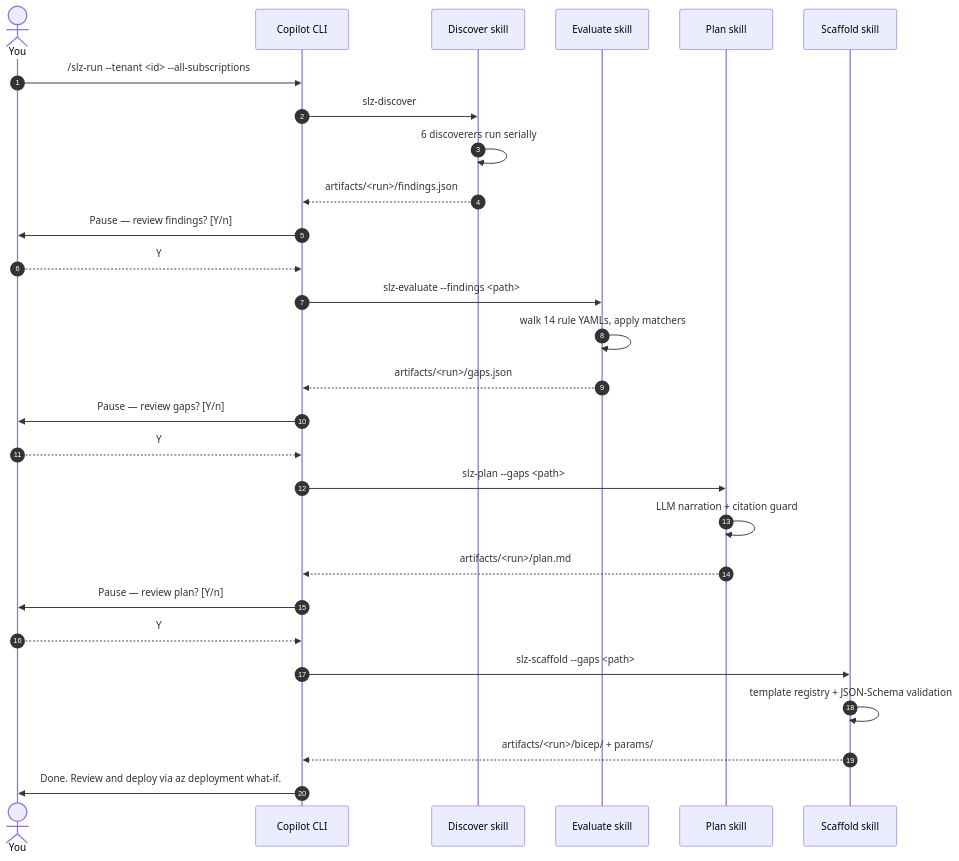
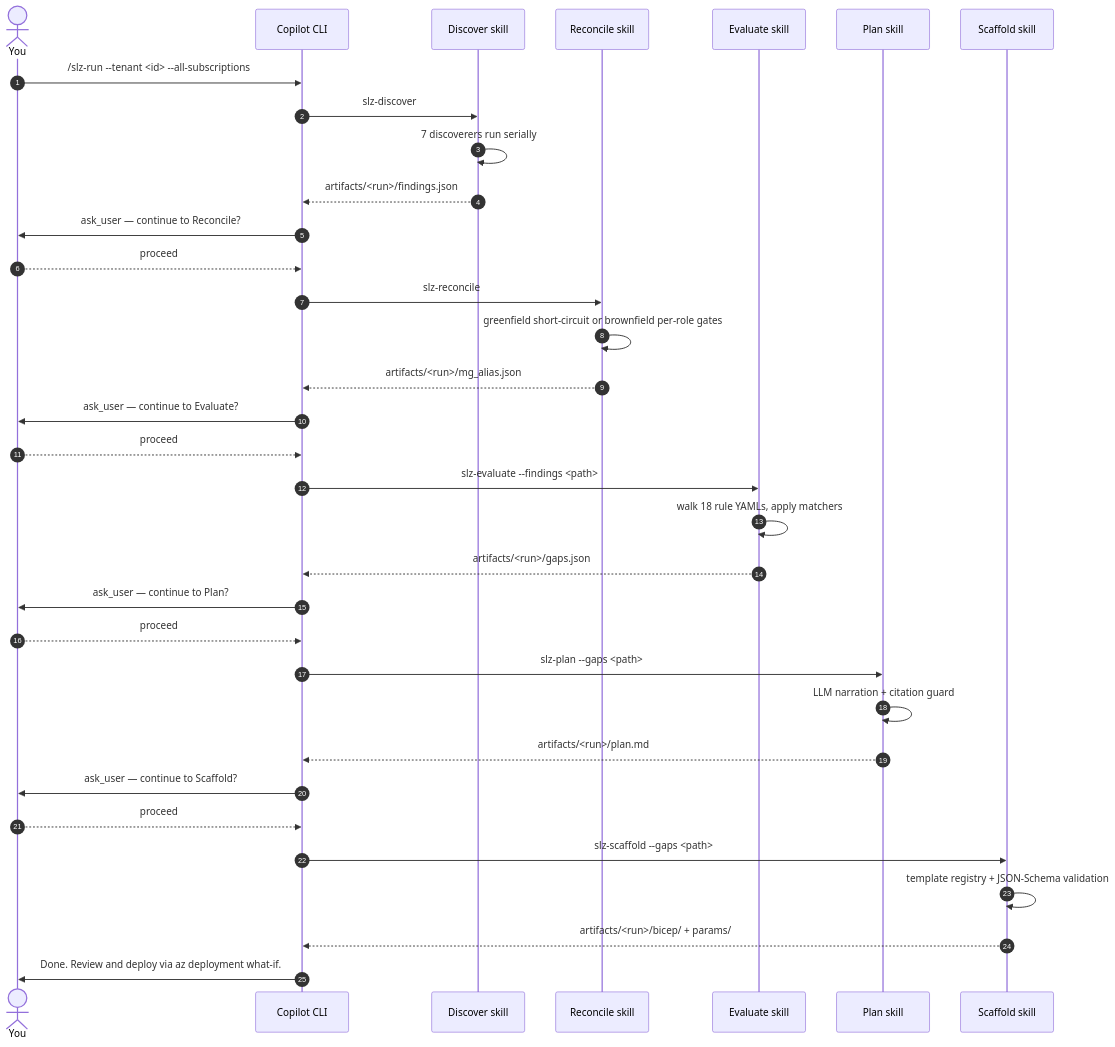
Before and after one commit to msucharda/slz-readiness: the first of 2 diagrams in wiki/docs/getting-started/quick-start.md, drawn with Mermaid. The commit also changed other lines of this file and 39 other files, not shown here.

````diff
--- a/wiki/docs/getting-started/quick-start.md
+++ b/wiki/docs/getting-started/quick-start.md
@@ -28,31 +28,37 @@
 ```mermaid
 sequenceDiagram
     autonumber
     actor You
     participant C as Copilot CLI
     participant D as Discover skill
+    participant R as Reconcile skill
     participant E as Evaluate skill
     participant P as Plan skill
     participant S as Scaffold skill
 
     You->>C: /slz-run --tenant <id> --all-subscriptions
     C->>D: slz-discover
-    D->>D: 6 discoverers run serially
+    D->>D: 7 discoverers run serially
     D-->>C: artifacts/<run>/findings.json
-    C->>You: Pause — review findings? [Y/n]
-    You-->>C: Y
+    C->>You: ask_user — continue to Reconcile?
+    You-->>C: proceed
+    C->>R: slz-reconcile
+    R->>R: greenfield short-circuit or brownfield per-role gates
+    R-->>C: artifacts/<run>/mg_alias.json
+    C->>You: ask_user — continue to Evaluate?
+    You-->>C: proceed
     C->>E: slz-evaluate --findings <path>
-    E->>E: walk 14 rule YAMLs, apply matchers
+    E->>E: walk 18 rule YAMLs, apply matchers
     E-->>C: artifacts/<run>/gaps.json
-    C->>You: Pause — review gaps? [Y/n]
-    You-->>C: Y
+    C->>You: ask_user — continue to Plan?
+    You-->>C: proceed
     C->>P: slz-plan --gaps <path>
     P->>P: LLM narration + citation guard
     P-->>C: artifacts/<run>/plan.md
-    C->>You: Pause — review plan? [Y/n]
-    You-->>C: Y
+    C->>You: ask_user — continue to Scaffold?
+    You-->>C: proceed
     C->>S: slz-scaffold --gaps <path>
     S->>S: template registry + JSON-Schema validation
     S-->>C: artifacts/<run>/bicep/ + params/
     C->>You: Done. Review and deploy via az deployment what-if.
 ```
````
